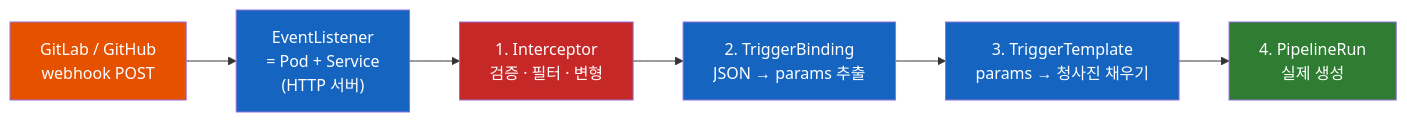
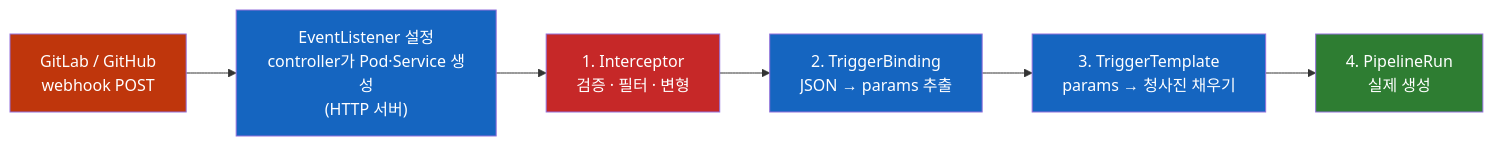
One commit to sskim91/TIL changed the first of 3 diagrams in kubernetes/Tekton-Triggers는-어떻게-git-push를-PipelineRun으로-바꿀까.md. Above: the diagram before and after it, drawn with Mermaid. The commit also changed other lines of this file and 39 other files, not shown here.

````diff
--- a/kubernetes/Tekton-Triggers는-어떻게-git-push를-PipelineRun으로-바꿀까.md
+++ b/kubernetes/Tekton-Triggers는-어떻게-git-push를-PipelineRun으로-바꿀까.md
@@ -11,15 +13,15 @@
 ```mermaid
 flowchart LR
-    GL["GitLab / GitHub<br>webhook POST"] --> EL["EventListener<br>= Pod + Service<br>(HTTP 서버)"]
+    GL["GitLab / GitHub<br>webhook POST"] --> EL["EventListener 설정<br>controller가 Pod·Service 생성<br>(HTTP 서버)"]
     EL --> IC["1. Interceptor<br>검증 · 필터 · 변형"]
     IC --> TB["2. TriggerBinding<br>JSON → params 추출"]
     TB --> TT["3. TriggerTemplate<br>params → 청사진 채우기"]
     TT --> PR["4. PipelineRun<br>실제 생성"]
 
-    style GL fill:#E65100,color:#fff
+    style GL fill:#BF360C,color:#fff
     style EL fill:#1565C0,color:#fff
     style IC fill:#C62828,color:#fff
     style TB fill:#1565C0,color:#fff
     style TT fill:#1565C0,color:#fff
     style PR fill:#2E7D32,color:#fff
 ```
````
